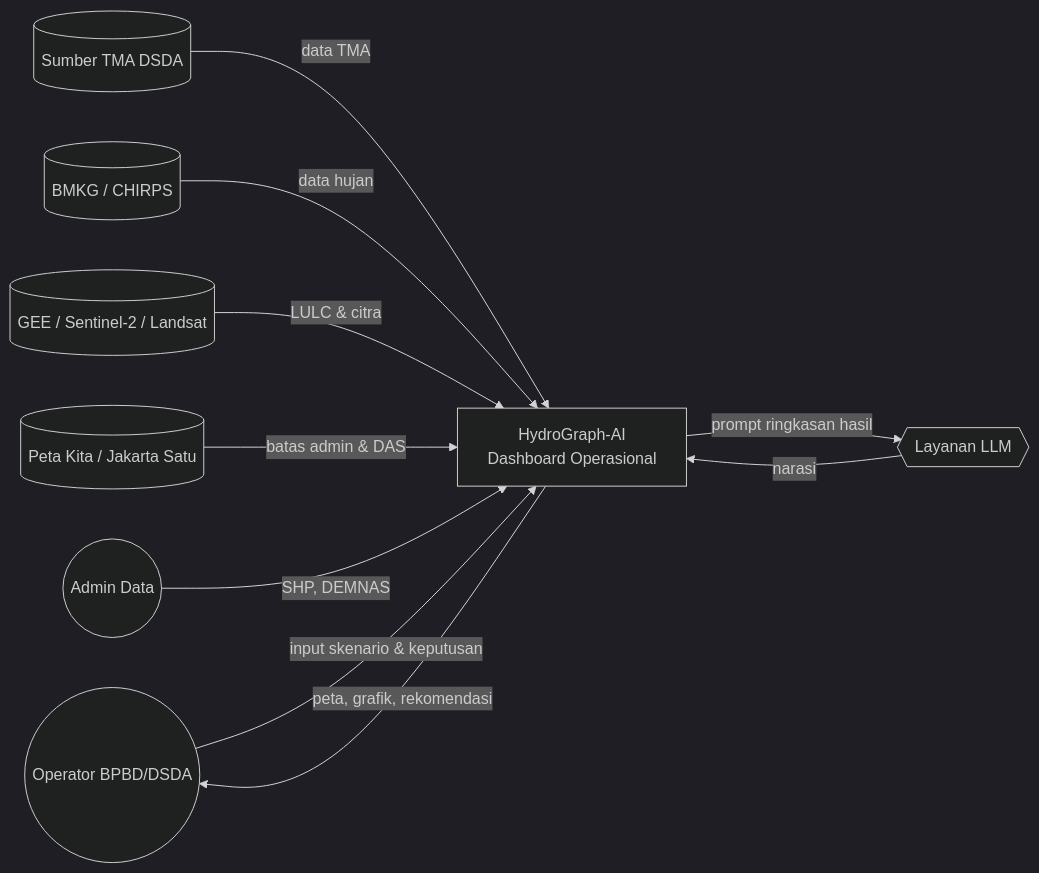
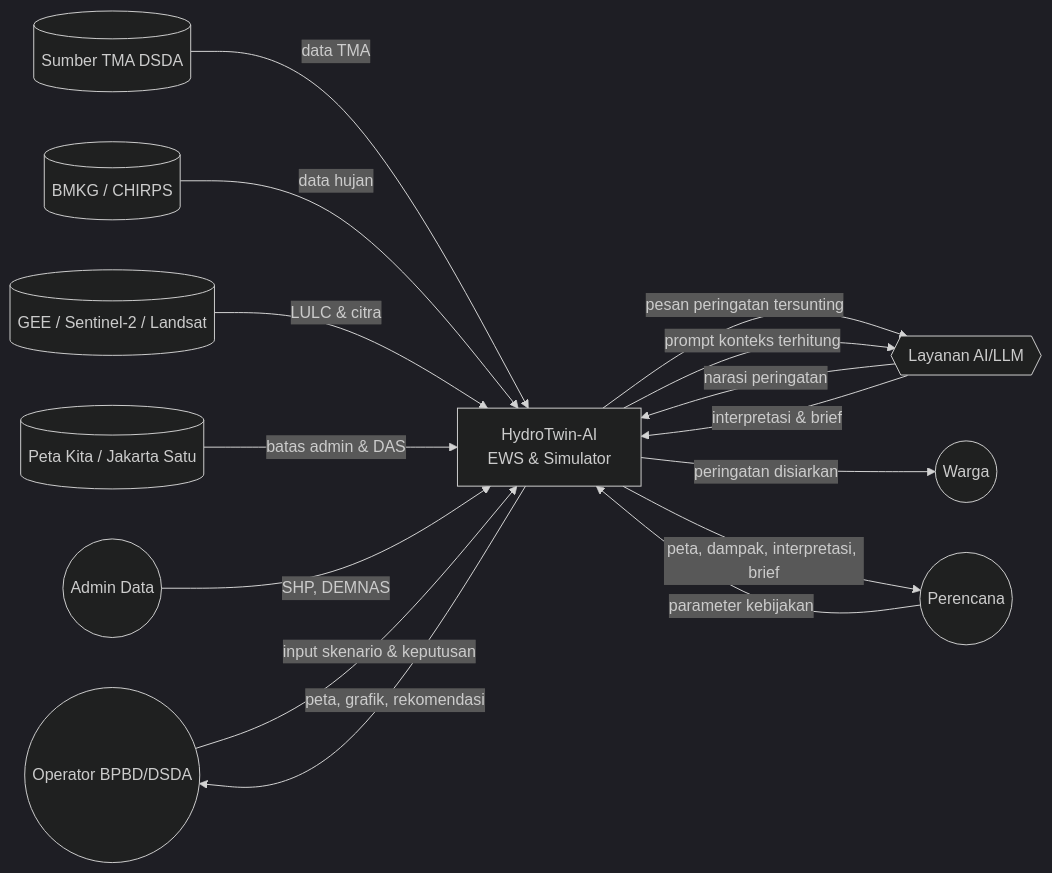
One commit to argonurcahyo/si_bridges changed the first of 3 diagrams in docs/analysis/dfd.md. Above: the diagram before and after it, drawn with Mermaid (dark theme). The commit also changed other lines of this file and 126 other files, not shown here.

````diff
--- a/docs/analysis/dfd.md
+++ b/docs/analysis/dfd.md
@@ -7,22 +7,29 @@
 ```mermaid
 flowchart LR
     OP((Operator BPBD/DSDA))
+    WG((Warga))
+    PR((Perencana))
     AD((Admin Data))
     EXT1[(Sumber TMA DSDA)]
     EXT2[(BMKG / CHIRPS)]
     EXT3[(GEE / Sentinel-2 / Landsat)]
     EXT4[(Peta Kita / Jakarta Satu)]
-    LLM{{Layanan LLM}}
+    LLM{{Layanan AI/LLM}}
 
-    SYS[HydroGraph-AI<br/>Dashboard Operasional]
+    SYS[HydroTwin-AI<br/>EWS & Simulator]
 
     EXT1 -->|data TMA| SYS
     EXT2 -->|data hujan| SYS
     EXT3 -->|LULC & citra| SYS
     EXT4 -->|batas admin & DAS| SYS
-    AD -->|SHP, DEMNAS | SYS
+    AD -->|SHP, DEMNAS| SYS
     OP -->|input skenario & keputusan| SYS
     SYS -->|peta, grafik, rekomendasi| OP
-    SYS -->|prompt ringkasan hasil| LLM
-    LLM -->|narasi| SYS
+    SYS -->|pesan peringatan tersunting| LLM
+    LLM -->|narasi peringatan| SYS
+    SYS -->|peringatan disiarkan| WG
+    PR -->|parameter kebijakan| SYS
+    SYS -->|peta, dampak, interpretasi, brief| PR
+    SYS -->|prompt konteks terhitung| LLM
+    LLM -->|interpretasi & brief| SYS
 ```
````
